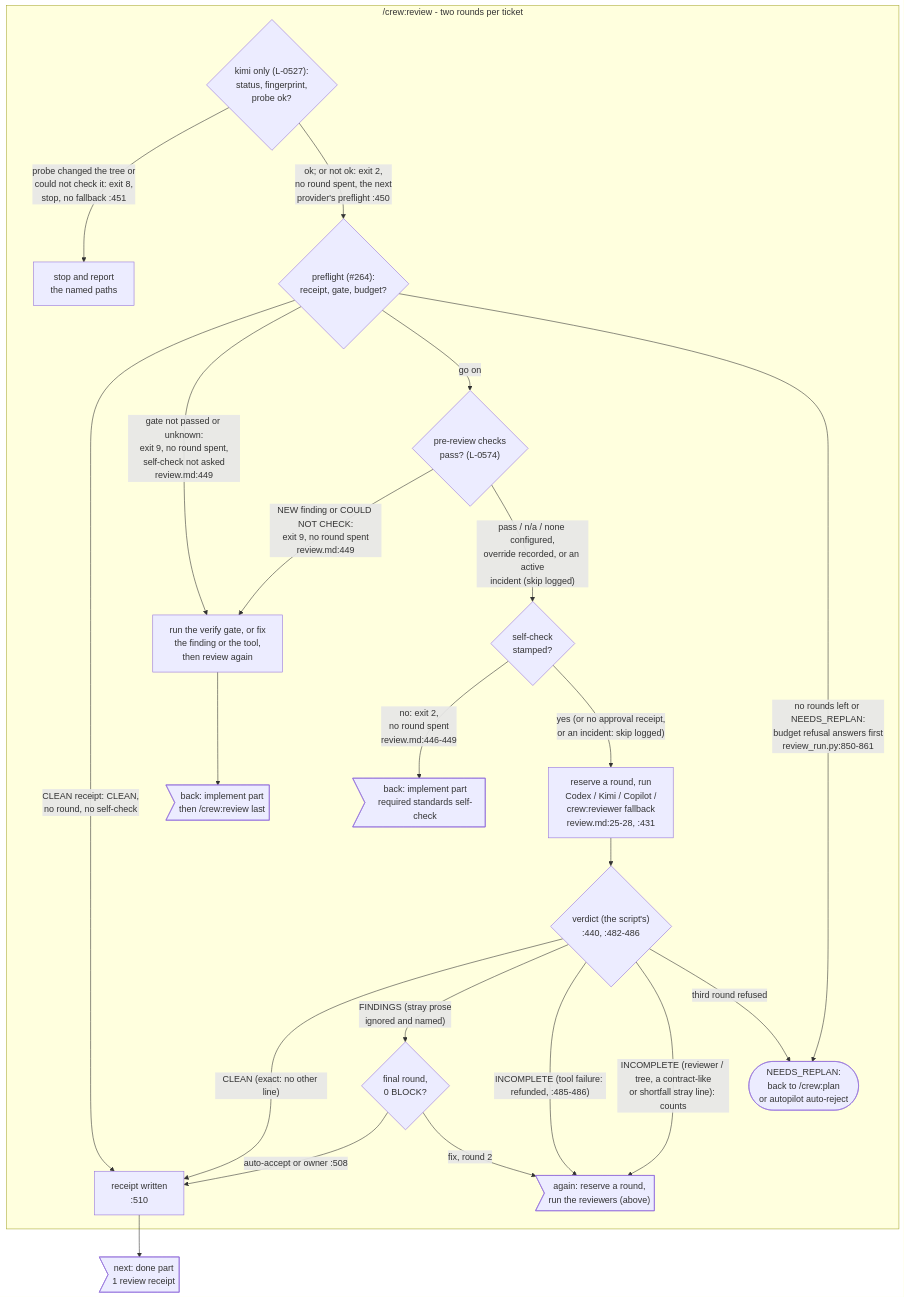
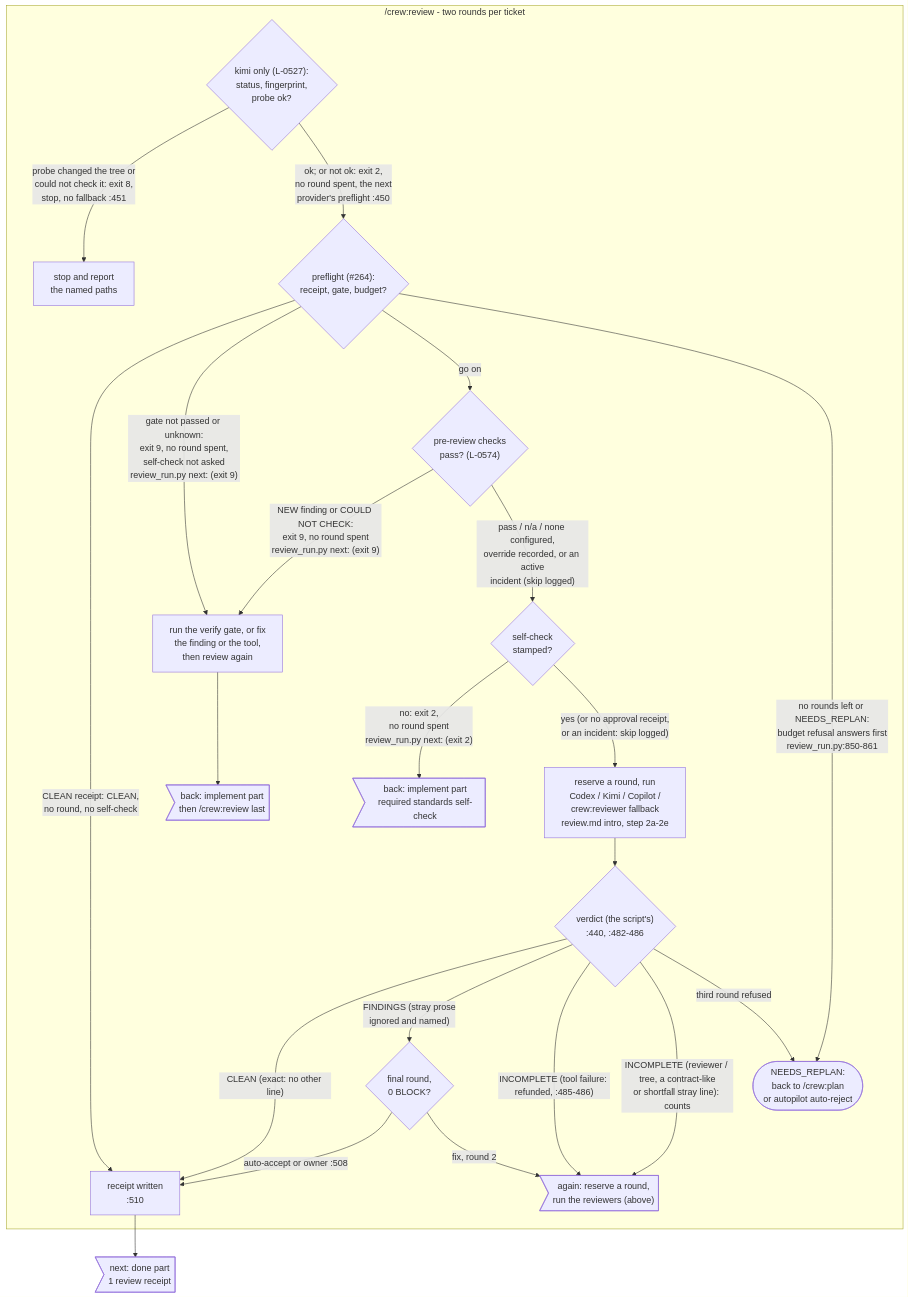
Diagram 32 of 38 in docs/diagrams/README.md (mbadali25/useful-claude-add-ons), drawn with Mermaid before and after one commit. The commit also changed other lines of this file and 29 other files, not shown here.

First line of the commit message:
L-0850: docs and artifact refresh (codemap, rules, diagrams, graph, README and SECURITY.md for the 36 to 16 hooks.json change); docs/refresh only, no code (owner waiver 2026-10-20)

````diff
--- a/docs/diagrams/README.md
+++ b/docs/diagrams/README.md
@@ -1216,31 +1216,31 @@
 ```mermaid
 flowchart TB
     subgraph review["/crew:review - two rounds per ticket"]
         kp0{"kimi only (L-0527):<br/>status, fingerprint,<br/>probe ok?"}
         kp0 -- "probe changed the tree or<br/>could not check it: exit 8,<br/>stop, no fallback :451" --> kx0["stop and report<br/>the named paths"]
         kp0 -- "ok; or not ok: exit 2,<br/>no round spent, the next<br/>provider's preflight :450" --> pf0
         pf0{"preflight (#264):<br/>receipt, gate, budget?"}
         pf0 -- "CLEAN receipt: CLEAN,<br/>no round, no self-check" --> rcpt
-        pf0 -- "gate not passed or unknown:<br/>exit 9, no round spent,<br/>self-check not asked<br/>review.md:449" --> fx0
+        pf0 -- "gate not passed or unknown:<br/>exit 9, no round spent,<br/>self-check not asked<br/>review_run.py next: (exit 9)" --> fx0
         pf0 -- "go on" --> pr0{"pre-review checks<br/>pass? (L-0574)"}
-        pr0 -- "NEW finding or COULD NOT CHECK:<br/>exit 9, no round spent<br/>review.md:449" --> fx0["run the verify gate, or fix<br/>the finding or the tool,<br/>then review again"]
+        pr0 -- "NEW finding or COULD NOT CHECK:<br/>exit 9, no round spent<br/>review_run.py next: (exit 9)" --> fx0["run the verify gate, or fix<br/>the finding or the tool,<br/>then review again"]
         fx0 --> to_im5
         pr0 -- "pass / n/a / none configured,<br/>override recorded, or an active<br/>incident (skip logged)" --> rv0{"self-check<br/>stamped?"}
         pf0 -- "no rounds left or NEEDS_REPLAN:<br/>budget refusal answers first<br/>review_run.py:850-861" --> replan
-        rv0 -- "no: exit 2,<br/>no round spent<br/>review.md:446-449" --> to_sc1
-        rv0 -- "yes (or no approval receipt,<br/>or an incident: skip logged)" --> rv1["reserve a round, run<br/>Codex / Kimi / Copilot /<br/>crew:reviewer fallback<br/>review.md:25-28, :431"]
+        rv0 -- "no: exit 2,<br/>no round spent<br/>review_run.py next: (exit 2)" --> to_sc1
+        rv0 -- "yes (or no approval receipt,<br/>or an incident: skip logged)" --> rv1["reserve a round, run<br/>Codex / Kimi / Copilot /<br/>crew:reviewer fallback<br/>review.md intro, step 2a-2e"]
         rv1 --> rv2{"verdict (the script's)<br/>:440, :482-486"}
         rv2 -- "CLEAN (exact: no other line)" --> rcpt["receipt written<br/>:510"]
         rv2 -- "FINDINGS (stray prose<br/>ignored and named)" --> rv3{"final round,<br/>0 BLOCK?"}
         rv3 -- "auto-accept or owner :508" --> rcpt
         rv3 -- "fix, round 2" --> again_rv1
         rv2 -- "INCOMPLETE (tool failure: refunded, :485-486)" --> again_rv1
         rv2 -- "INCOMPLETE (reviewer / tree, a contract-like<br/>or shortfall stray line): counts" --> again_rv1
         rv2 -- "third round refused" --> replan([NEEDS_REPLAN:<br/>back to /crew:plan<br/>or autopilot auto-reject])
     end
 
     again_rv1>"again: reserve a round,<br/>run the reviewers (above)"]
     to_im5>"back: implement part<br/>then /crew:review last"]
     to_sc1>"back: implement part<br/>required standards self-check"]
     rcpt --> to_dn1>"next: done part<br/>1 review receipt"]
 ```
````
